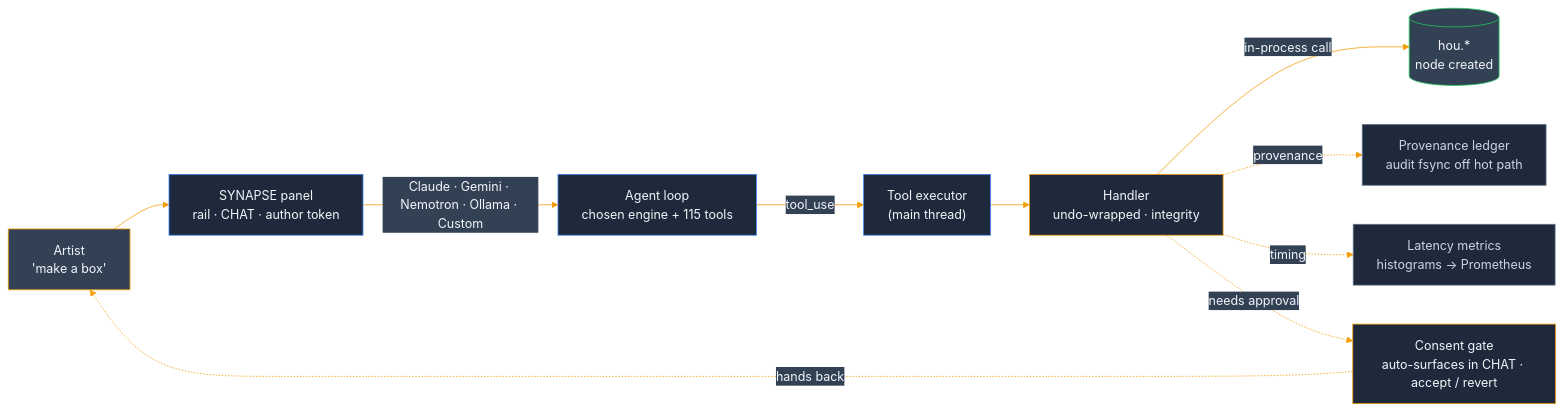
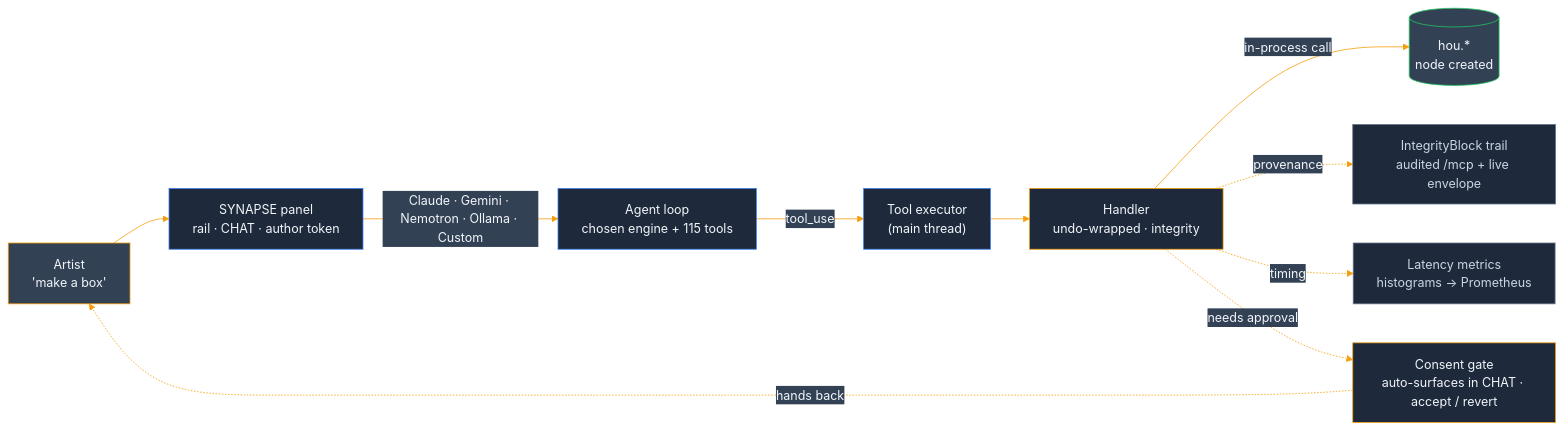
One commit to JosephOIbrahim/Synapse changed the first of 6 diagrams in README.md. Above: the diagram before and after it, drawn with Mermaid. The commit also changed other lines of this file and 1 other file, not shown here.

````diff
--- a/README.md
+++ b/README.md
@@ -60,18 +60,18 @@
 ```mermaid
 %%{init: {'theme':'base', 'themeVariables': {'primaryColor':'#1e293b','primaryTextColor':'#f1f5f9','primaryBorderColor':'#0f172a','lineColor':'#f59e0b','secondaryColor':'#334155','tertiaryColor':'#475569'}}}%%
 flowchart LR
     ART["Artist<br/>'make a box'"]:::artist --> PANEL["SYNAPSE panel<br/>rail · CHAT · author token"]:::panel
     PANEL -->|"Claude · Gemini · Nemotron · Ollama · Custom"| LOOP["Agent loop<br/>chosen engine + 115 tools"]:::panel
     LOOP -->|"tool_use"| EXEC["Tool executor<br/>(main thread)"]:::panel
     EXEC --> BR["Handler<br/>undo-wrapped · integrity"]:::bridge
     BR -->|in-process call| HOU[("hou.*<br/>node created")]:::hou
-    BR -.provenance.-> LEDGER["Provenance ledger<br/>audit fsync off hot path"]:::side
+    BR -.provenance.-> LEDGER["IntegrityBlock trail<br/>audited /mcp + live envelope"]:::side
     BR -.timing.-> METRICS["Latency metrics<br/>histograms → Prometheus"]:::side
     BR -.needs approval.-> GATE["Consent gate<br/>auto-surfaces in CHAT · accept / revert"]:::bridge
     GATE -.hands back.-> ART
     classDef artist fill:#334155,stroke:#f59e0b,color:#f1f5f9
     classDef panel fill:#1e293b,stroke:#3b82f6,color:#f1f5f9
     classDef bridge fill:#1e293b,stroke:#f59e0b,color:#f1f5f9
     classDef hou fill:#334155,stroke:#22c55e,color:#f1f5f9
     classDef side fill:#1e293b,stroke:#64748b,color:#cbd5e1
 ```
````
